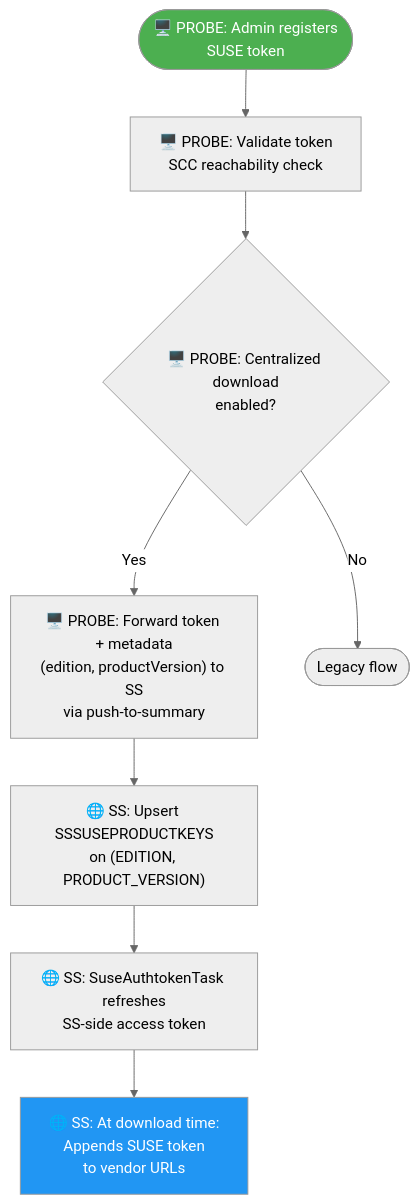
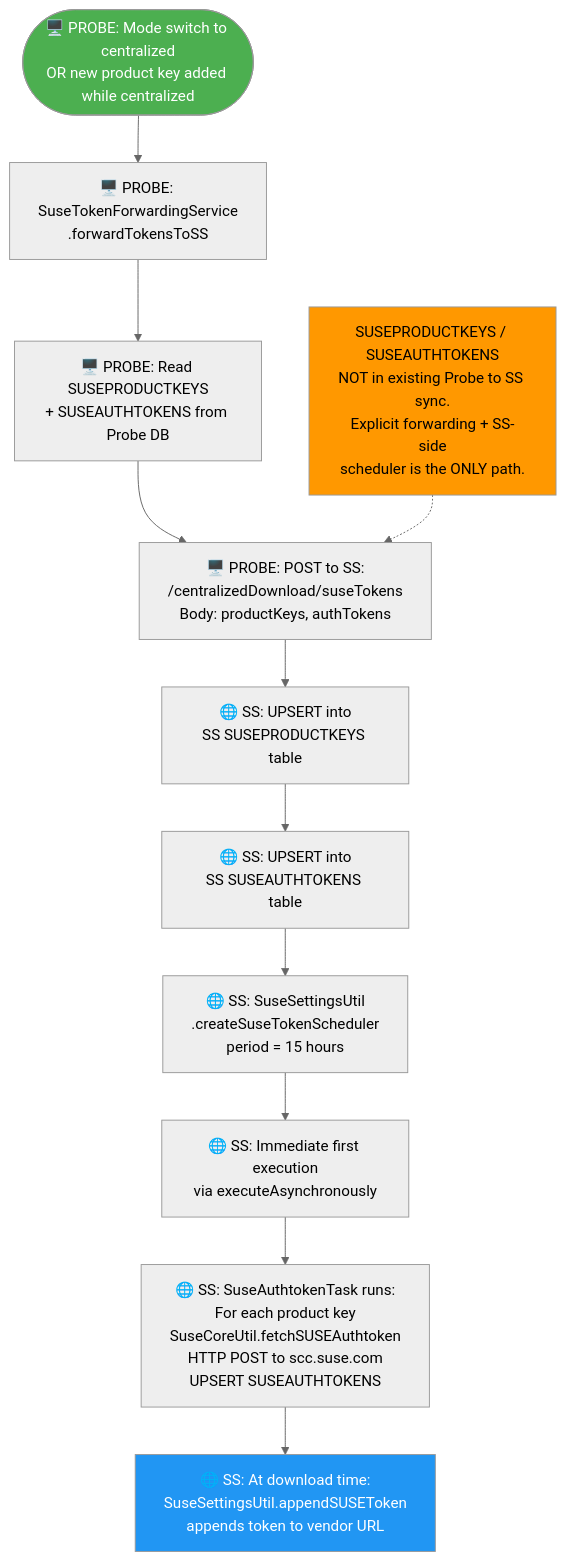
One commit to ranjithkumar-a-23525/RebaseEx changed diagram 12 of 31 in use-case-diagrams.md. Above: the diagram before and after it, drawn with Mermaid (neutral theme). The commit also changed other lines of this file, not shown here.

````diff
--- a/use-case-diagrams.md
+++ b/use-case-diagrams.md
@@ -231,13 +259,18 @@
 ```mermaid
 flowchart TD
-    A(["🖥️ PROBE: Admin registers<br/>SUSE token"]) --> B["🖥️ PROBE: Validate token<br/>SCC reachability check"]
-    B --> C{"🖥️ PROBE: Centralized download<br/>enabled?"}
-    C -->|Yes| D["🖥️ PROBE: Forward token + metadata<br/>(edition, productVersion) to SS<br/>via push-to-summary"]
-    C -->|No| Z(["Legacy flow"])
-    D --> E["🌐 SS: Upsert SSSUSEPRODUCTKEYS<br/>on (EDITION, PRODUCT_VERSION)"]
-    E --> F["🌐 SS: SuseAuthtokenTask refreshes<br/>SS-side access token"]
-    F --> G["🌐 SS: At download time:<br/>Appends SUSE token<br/>to vendor URLs"]
+    A(["🖥️ PROBE: Mode switch to centralized<br/>OR new product key added while centralized"]) --> B["🖥️ PROBE: SuseTokenForwardingService<br/>.forwardTokensToSS"]
+    B --> C["🖥️ PROBE: Read SUSEPRODUCTKEYS<br/>+ SUSEAUTHTOKENS from Probe DB"]
+    C --> D["🖥️ PROBE: POST to SS:<br/>/centralizedDownload/suseTokens<br/>Body: productKeys, authTokens"]
+    D --> E["🌐 SS: UPSERT into<br/>SS SUSEPRODUCTKEYS table"]
+    E --> F["🌐 SS: UPSERT into<br/>SS SUSEAUTHTOKENS table"]
+    F --> G["🌐 SS: SuseSettingsUtil<br/>.createSuseTokenScheduler<br/>period = 15 hours"]
+    G --> H["🌐 SS: Immediate first execution<br/>via executeAsynchronously"]
+    H --> I["🌐 SS: SuseAuthtokenTask runs:<br/>For each product key<br/>SuseCoreUtil.fetchSUSEAuthtoken<br/>HTTP POST to scc.suse.com<br/>UPSERT SUSEAUTHTOKENS"]
+    I --> J["🌐 SS: At download time:<br/>SuseSettingsUtil.appendSUSEToken<br/>appends token to vendor URL"]
+
+    K["SUSEPRODUCTKEYS / SUSEAUTHTOKENS<br/>NOT in existing Probe to SS sync.<br/>Explicit forwarding + SS-side<br/>scheduler is the ONLY path."] -.-> D
 
     style A fill:#4CAF50,color:#fff
-    style G fill:#2196F3,color:#fff
+    style J fill:#2196F3,color:#fff
+    style K fill:#FF9800,color:#000
 ```
````
